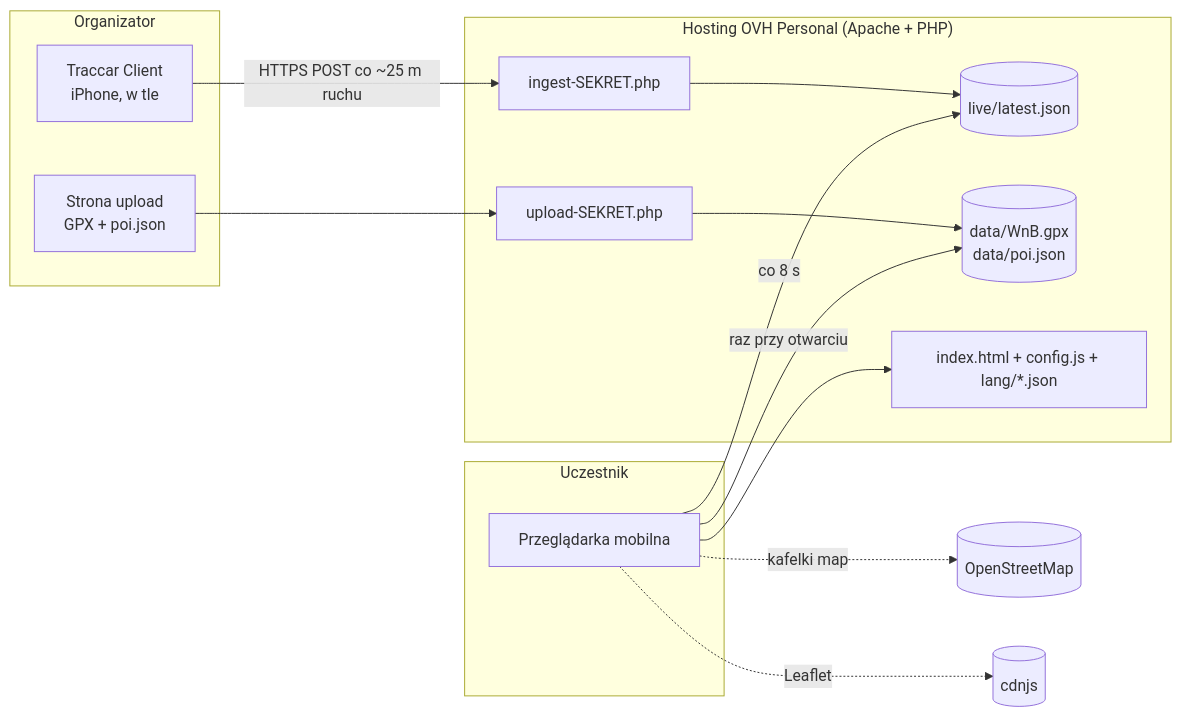
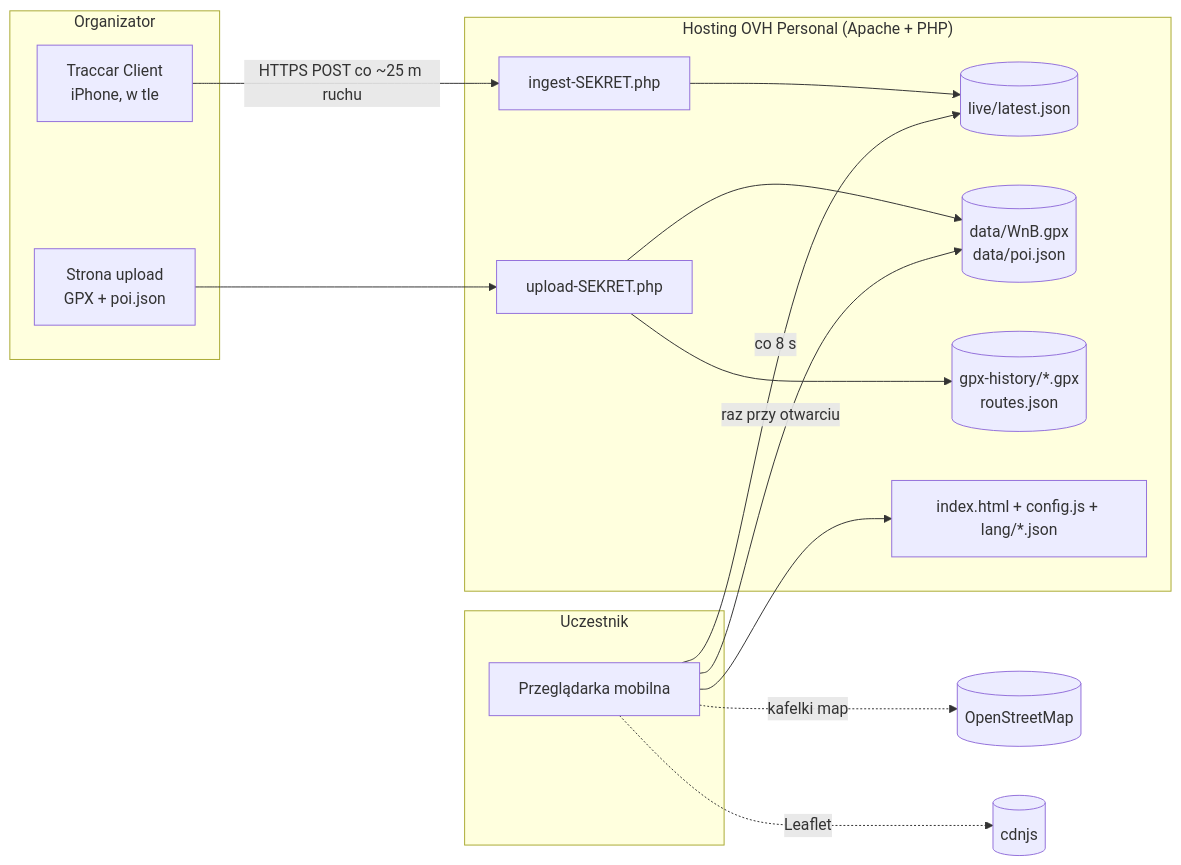
Before and after one commit to artur-serafin/wnb-map: the diagram in docs/ARCHITECTURE.md, drawn with Mermaid. The commit also changed other lines of this file and 4 other files, not shown here.

````diff
--- a/docs/ARCHITECTURE.md
+++ b/docs/ARCHITECTURE.md
@@ -9,24 +9,26 @@
 ```mermaid
 flowchart LR
   subgraph Organizator
     T[Traccar Client<br/>iPhone, w tle]
     U[Strona upload<br/>GPX + poi.json]
   end
   subgraph "Hosting OVH Personal (Apache + PHP)"
     I[ingest-SEKRET.php]
     L[(live/latest.json)]
     D[(data/WnB.gpx<br/>data/poi.json)]
+    H[(gpx-history/*.gpx<br/>routes.json)]
     S[index.html + config.js + lang/*.json]
     UP[upload-SEKRET.php]
   end
   subgraph Uczestnik
     B[Przeglądarka mobilna]
   end
   T -- "HTTPS POST co ~25 m ruchu" --> I --> L
   U --> UP --> D
+  UP --> H
   B -- "co 8 s" --> L
   B -- "raz przy otwarciu" --> D
   B --> S
   B -. "kafelki map" .-> OSM[(OpenStreetMap)]
   B -. "Leaflet" .-> CDN[(cdnjs)]
 ```
````
